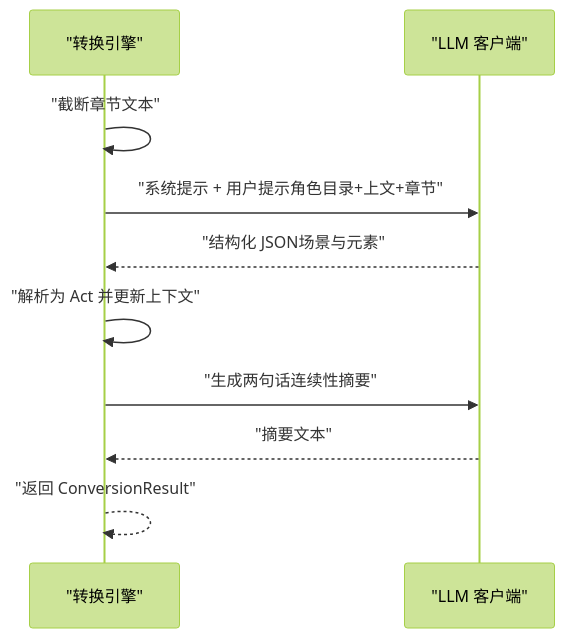
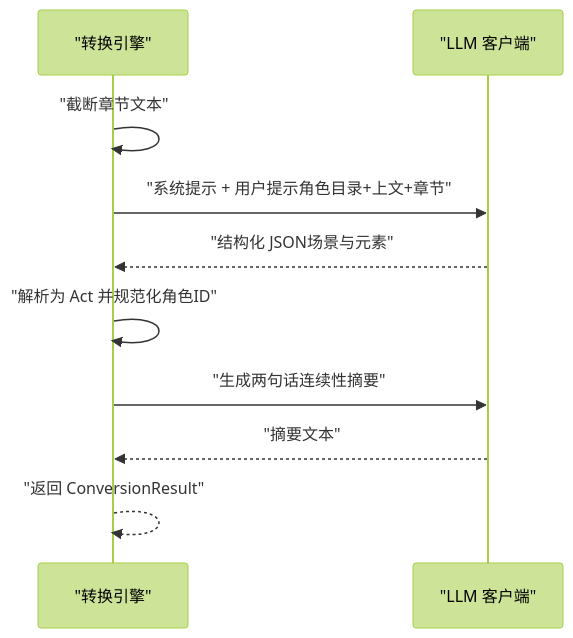
Before and after one commit to tjujingzong/Novel-to-Screenplay: the seventh of 12 diagrams in .qoder/repowiki/zh/content/核心服务模块/核心服务模块.md, drawn with Mermaid (forest theme). The commit also changed other lines of this file and 6 other files, not shown here.

````diff
--- a/.qoder/repowiki/zh/content/核心服务模块/核心服务模块.md
+++ b/.qoder/repowiki/zh/content/核心服务模块/核心服务模块.md
@@ -267,12 +340,12 @@
 ```mermaid
 sequenceDiagram
 participant CV as "转换引擎"
 participant LLM as "LLM 客户端"
 CV->>CV : "截断章节文本"
 CV->>LLM : "系统提示 + 用户提示角色目录+上文+章节"
 LLM-->>CV : "结构化 JSON场景与元素"
-CV->>CV : "解析为 Act 并更新上下文"
+CV->>CV : "解析为 Act 并规范化角色ID"
 CV->>LLM : "生成两句话连续性摘要"
 LLM-->>CV : "摘要文本"
 CV-->>CV : "返回 ConversionResult"
 ```
````
